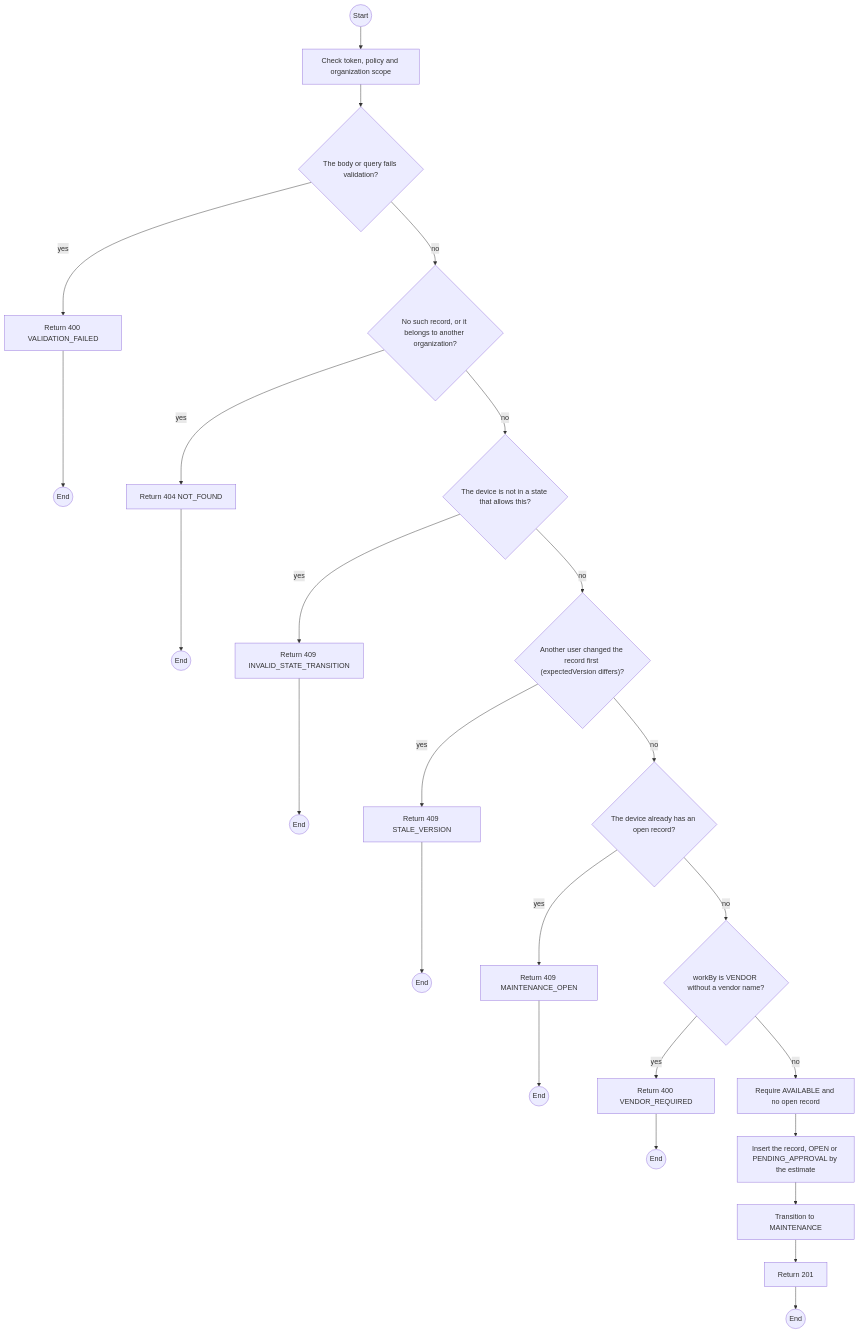
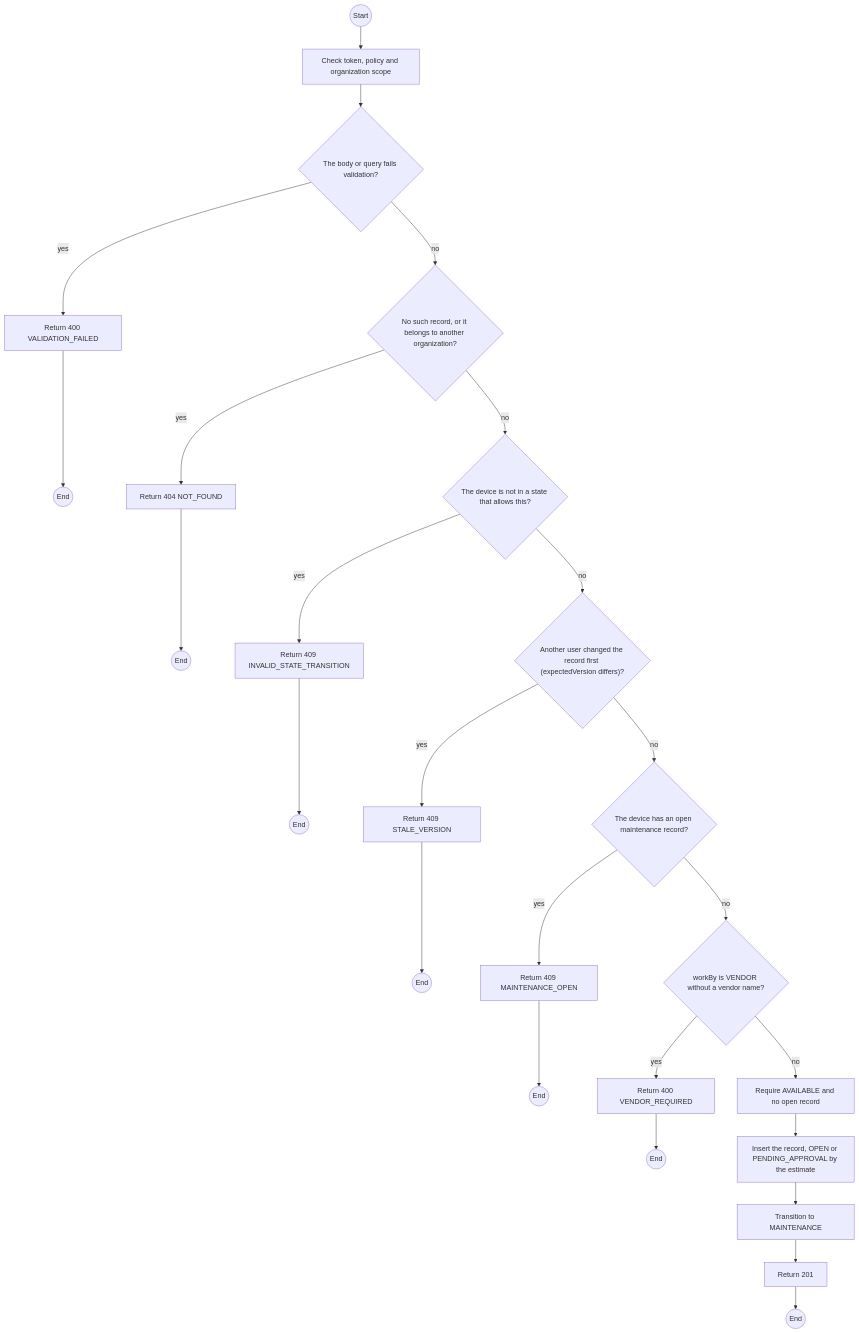
Before and after one commit to TrekLink-Team/treklink-web: the first of 2 diagrams in specs/devices/api-design/11-post-devices-id-maintenance.md, drawn with Mermaid. The commit also changed other lines of this file and 7 other files, not shown here.

First line of the commit message:
fix: use one wording for MAINTENANCE_OPEN

````diff
--- a/specs/devices/api-design/11-post-devices-id-maintenance.md
+++ b/specs/devices/api-design/11-post-devices-id-maintenance.md
@@ -267,45 +267,45 @@
 ```mermaid
 flowchart TB
     S((Start))
     A0["Check token, policy and organization scope"]
     S --> A0
     D1{"The body or query fails validation?"}
     A0 --> D1
     E1["Return 400 VALIDATION_FAILED"]
     D1 -->|yes| E1
     E1 --> X1((End))
     D2{"No such record, or it belongs to another organization?"}
     D1 -->|no| D2
     E2["Return 404 NOT_FOUND"]
     D2 -->|yes| E2
     E2 --> X2((End))
     D3{"The device is not in a state that allows this?"}
     D2 -->|no| D3
     E3["Return 409 INVALID_STATE_TRANSITION"]
     D3 -->|yes| E3
     E3 --> X3((End))
     D4{"Another user changed the record first (expectedVersion differs)?"}
     D3 -->|no| D4
     E4["Return 409 STALE_VERSION"]
     D4 -->|yes| E4
     E4 --> X4((End))
-    D5{"The device already has an open record?"}
+    D5{"The device has an open maintenance record?"}
     D4 -->|no| D5
     E5["Return 409 MAINTENANCE_OPEN"]
     D5 -->|yes| E5
     E5 --> X5((End))
     D6{"workBy is VENDOR without a vendor name?"}
     D5 -->|no| D6
     E6["Return 400 VENDOR_REQUIRED"]
     D6 -->|yes| E6
     E6 --> X6((End))
     P0["Require AVAILABLE and no open record"]
     D6 -->|no| P0
     P1["Insert the record, OPEN or PENDING_APPROVAL by the estimate"]
     P0 --> P1
     P2["Transition to MAINTENANCE"]
     P1 --> P2
     OK["Return 201"]
     P2 --> OK
     OK --> Z((End))
 ```
````
